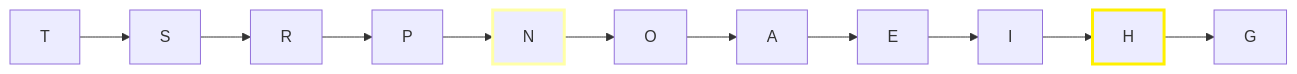
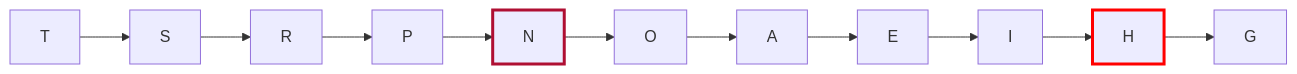
Before and after one commit to west7/EDA2: diagram 11 of 18 in README.md, drawn with Mermaid. The commit also changed other lines of this file, not shown here.

Commit message:
update graph section

````diff
--- a/README.md
+++ b/README.md
@@ -587,7 +589,7 @@
 ```mermaid
     graph LR;
     T --> S --> R --> P --> N --> O --> A --> E --> I --> H --> G
 
-    style H stroke-width: 3px, stroke: #FFF000
-    style N stroke-width: 3px, stroke: #FFFFA7
+    style H stroke-width: 3px, stroke: #FF0000
+    style N stroke-width: 3px, stroke: #AF0F33
 ```
````
